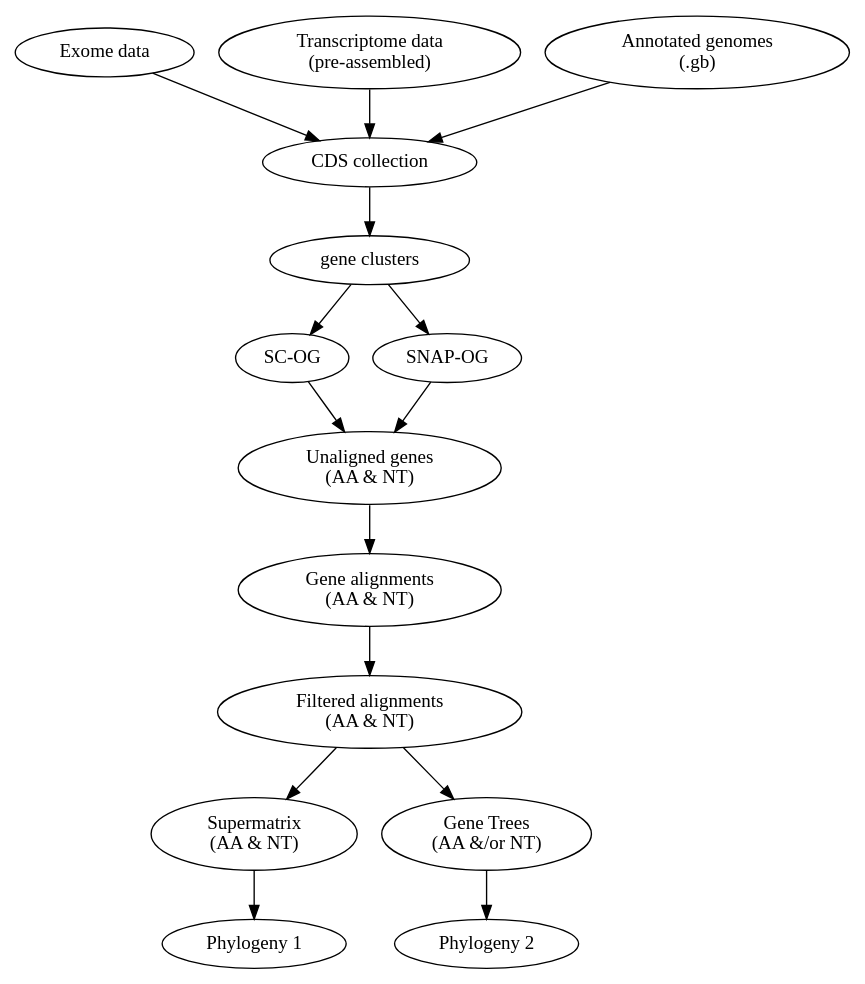
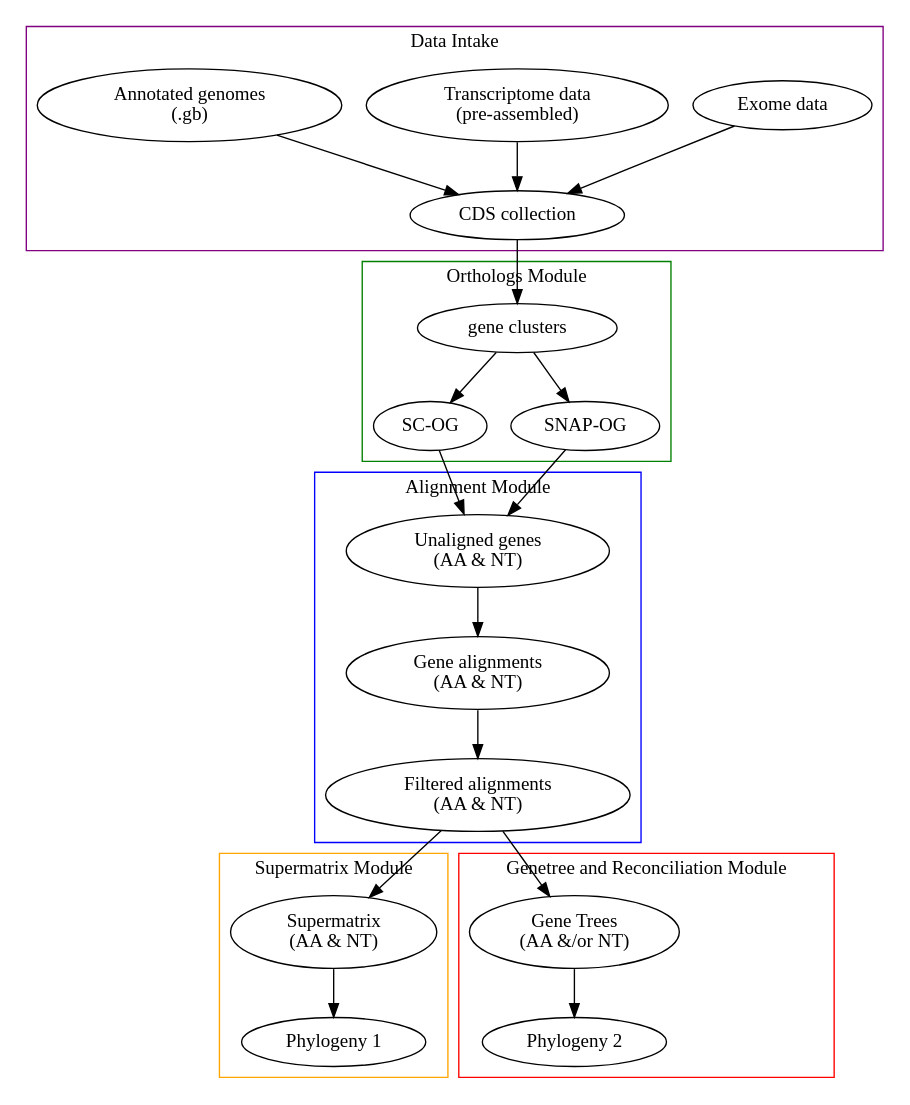
One commit to rbturnbull/orthoflow changed the diagram in docs/workflow.rst. Above: the diagram before and after it, drawn with Graphviz.

Commit message:
adding submodules

```diff
--- a/docs/workflow.rst
+++ b/docs/workflow.rst
@@ -5,33 +5,59 @@
 .. graphviz::
 
     digraph workflow {
         exome [label="Exome data"];
         transcriptome [label="Transcriptome data\n(pre-assembled)"];
         addotated [label="Annotated genomes\n(.gb)"];
         cds [label="CDS collection"];
         gene [label="gene clusters"];
         scog [label="SC-OG"];
         snap [label="SNAP-OG"];
         unaligned [label="Unaligned genes\n(AA & NT)"];
         genealignments [label="Gene alignments\n(AA & NT)"];
         filtered [label="Filtered alignments\n(AA & NT)"];
         supermatrix [label="Supermatrix\n(AA & NT)"];
         phy1 [label="Phylogeny 1"];
         genetrees [label="Gene Trees\n(AA &/or NT)"];
         phy2 [label="Phylogeny 2"];
+        
+        subgraph cluster_1 {
+            node [style=filled];
+            exome -> cds;
+            transcriptome -> cds;
+            addotated -> cds;
+            label = "Data Intake";
+            color=purple
+        }
+        subgraph cluster_2 {
+            node [style=filled];
+            gene -> scog;
+            gene -> snap;
+            label = "Orthologs Module";
+            color=green
+        }
+        subgraph clusteralignment {
+            node [style=filled];
+            unaligned -> genealignments;
+            genealignments -> filtered;
+            label = "Alignment Module";
+            color=blue
+        }
+        subgraph clustersupermatrix {
+            node [style=filled];
+            supermatrix -> phy1;
+            label = "Supermatrix Module";
+            color=orange
+        }
+        subgraph clustergenetree {
+            node [style=filled];
+            genetrees -> phy2;
+            label = "Genetree and Reconciliation Module";
+            color=red
+        }
 
-        exome -> cds;
-        transcriptome -> cds;
-        addotated -> cds;
         cds -> gene;
-        gene -> scog;
-        gene -> snap;
         scog -> unaligned;
         snap -> unaligned;
-        unaligned -> genealignments;
-        genealignments -> filtered;
         filtered -> supermatrix;
-        supermatrix -> phy1;
         filtered -> genetrees;
-        genetrees -> phy2;
     }
```
